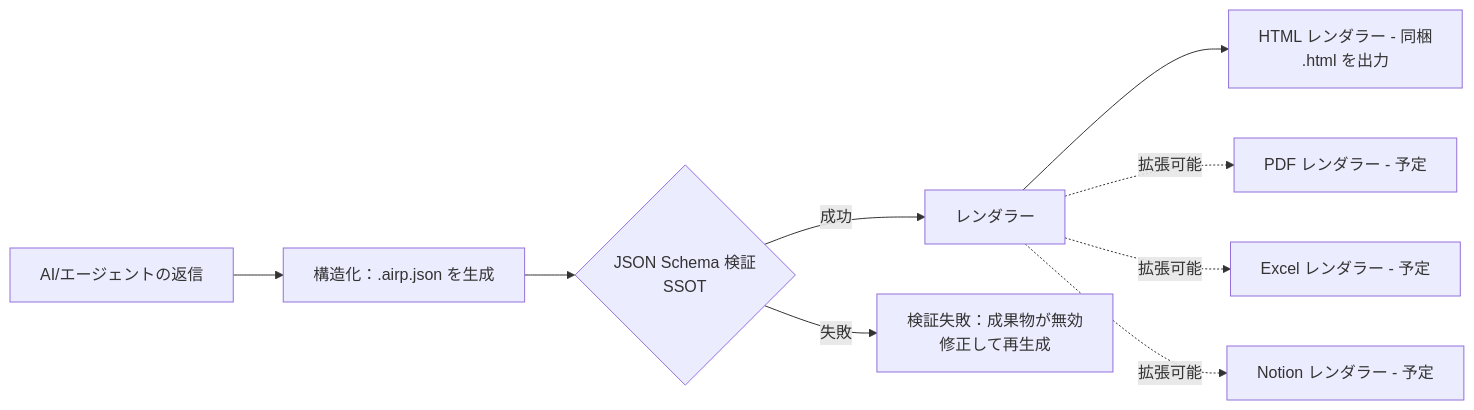
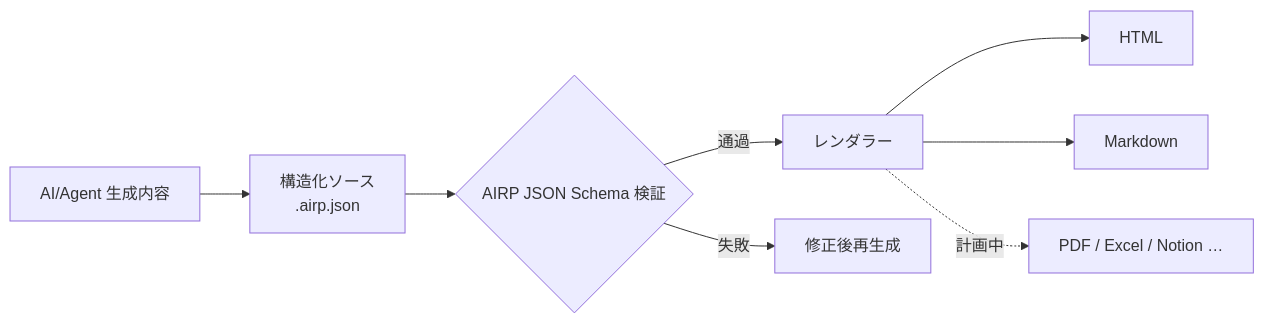
One commit to maosong-ai/airp changed the diagram in README.ja.md. Above: the diagram before and after it, drawn with Mermaid. The commit also changed other lines of this file and 9 other files, not shown here.

````diff
--- a/README.ja.md
+++ b/README.ja.md
@@ -29,11 +62,10 @@
 ```mermaid
 flowchart LR
-  A[AI/エージェントの返信] --> B[構造化：.airp.json を生成]
-  B --> C{JSON Schema 検証<br/>SSOT}
-  C -- 成功 --> D[レンダラー]
-  C -- 失敗 --> E[検証失敗：成果物が無効<br/>修正して再生成]
-  D --> H[HTML レンダラー - 同梱<br/>.html を出力]
-  D -. 拡張可能 .-> P[PDF レンダラー - 予定]
-  D -. 拡張可能 .-> X[Excel レンダラー - 予定]
-  D -. 拡張可能 .-> N[Notion レンダラー - 予定]
+  A[AI/Agent 生成内容] --> B[構造化ソース<br/>.airp.json]
+  B --> C{AIRP JSON Schema 検証}
+  C -- 通過 --> D[レンダラー]
+  C -- 失敗 --> E[修正後再生成]
+  D --> H[HTML]
+  D --> M[Markdown]
+  D -. 計画中 .-> P[PDF / Excel / Notion …]
 ```
````
